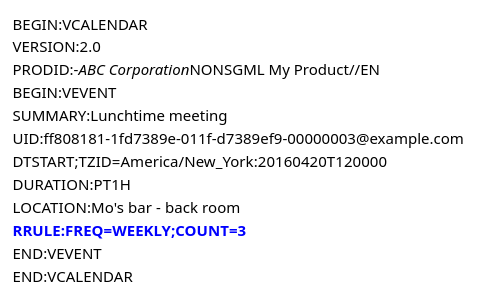
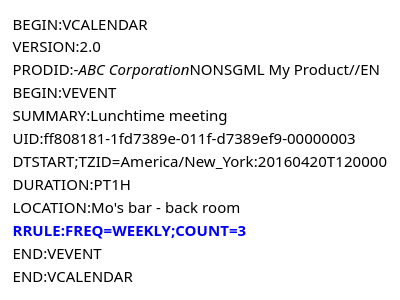
The diagram in code_test.md (CalConnect/DEVGUIDE), drawn with PlantUML before and after one commit. The commit also changed other lines of this file, not shown here.

Commit message:
without domain

```diff
--- a/code_test.md
+++ b/code_test.md
@@ -30,17 +30,17 @@
 @startuml
 salt
 {
 BEGIN:VCALENDAR
 VERSION:2.0
 PRODID:-//ABC Corporation//NONSGML My Product//EN
 BEGIN:VEVENT
 SUMMARY:Lunchtime meeting
-UID:ff808181-1fd7389e-011f-d7389ef9-00000003@example.com
+UID:ff808181-1fd7389e-011f-d7389ef9-00000003
 DTSTART;TZID=America/New_York:20160420T120000
 DURATION:PT1H
 LOCATION:Mo's bar - back room
 <font color=blue>**RRULE:FREQ=WEEKLY;COUNT=3**
 END:VEVENT
 END:VCALENDAR
 }
 @enduml
```
